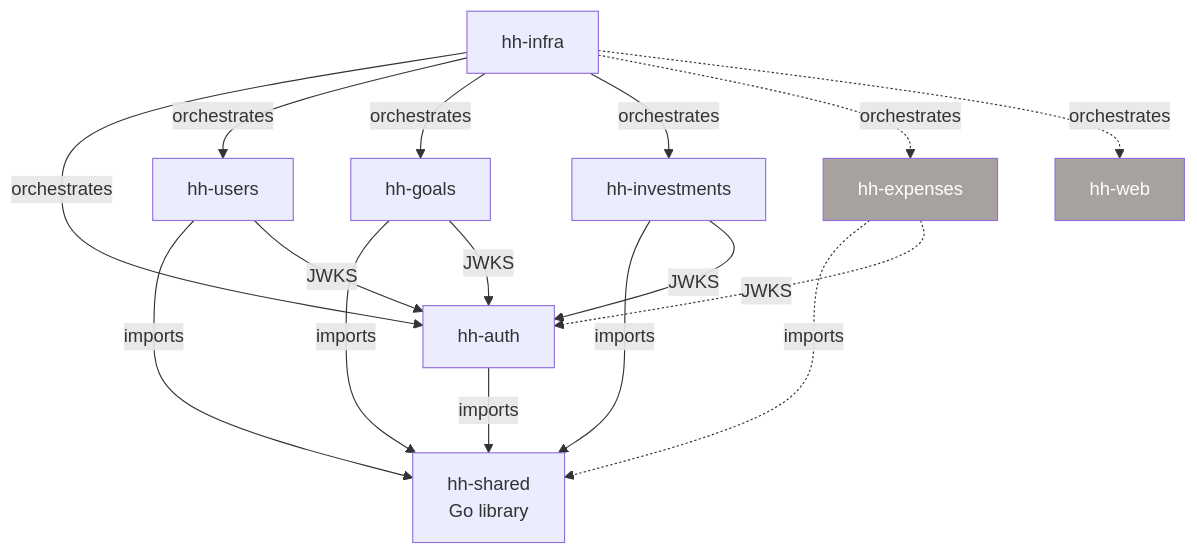
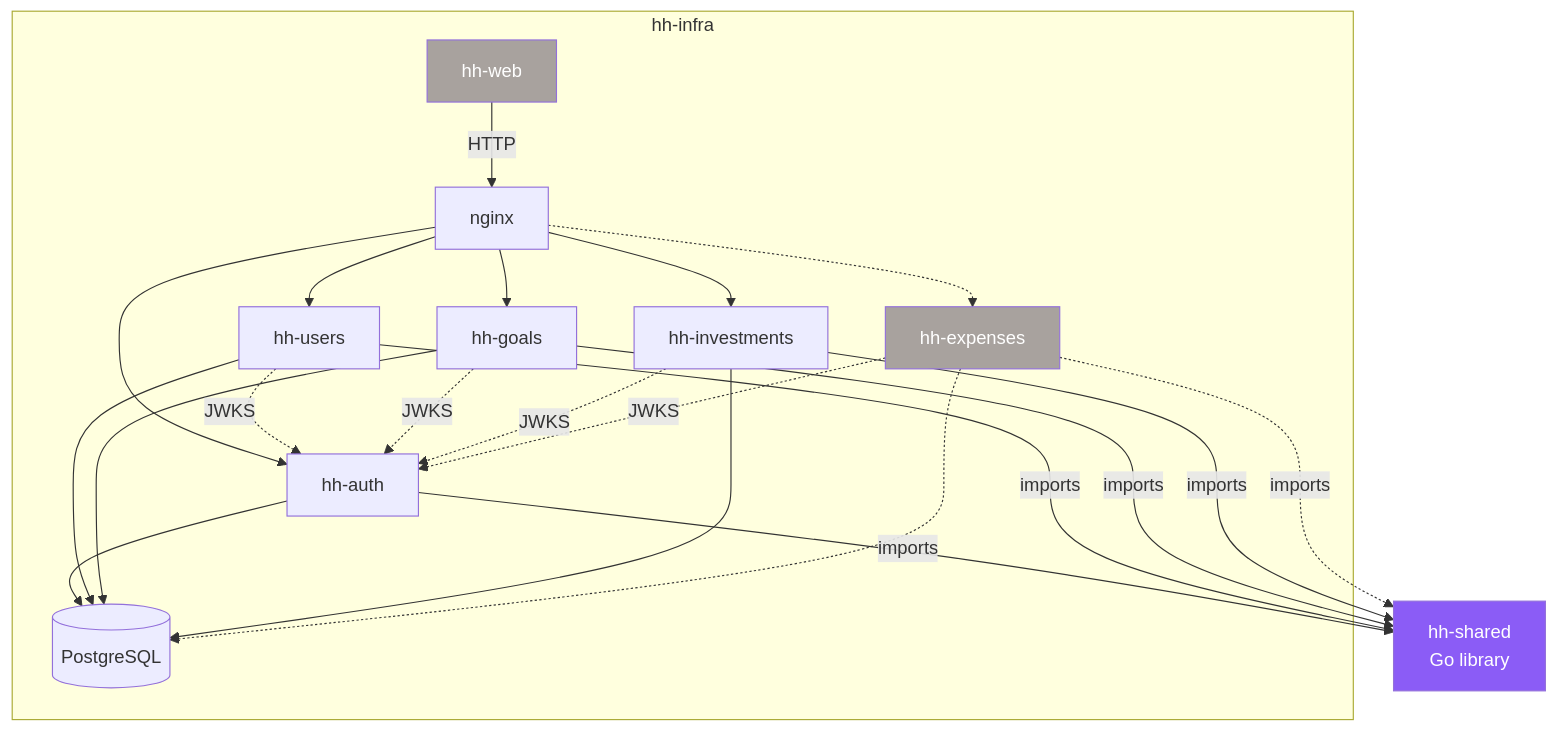
One commit to tiagorocha94/hh-docs changed the first of 3 diagrams in docs/architecture.md. Above: the diagram before and after it, drawn with Mermaid. The commit also changed other lines of this file and 5 other files, not shown here.

First line of the commit message:
Restructure repo pages, fix architecture diagram, clean conventions

````diff
--- a/docs/architecture.md
+++ b/docs/architecture.md
@@ -27,32 +27,34 @@
 ```mermaid
 graph TD
+    subgraph hh-infra
+        N[nginx]
+        PG[(PostgreSQL)]
+        WEB[hh-web] -->|HTTP| N
+        N --> AUTH[hh-auth]
+        N --> USERS[hh-users]
+        N --> GOALS[hh-goals]
+        N --> INV[hh-investments]
+        N -.-> EXP[hh-expenses]
+        AUTH --> PG
+        USERS --> PG
+        GOALS --> PG
+        INV --> PG
+        EXP -.-> PG
+    end
+
     SHARED[hh-shared<br/>Go library]
-    AUTH[hh-auth]
-    USERS[hh-users]
-    GOALS[hh-goals]
-    INV[hh-investments]
-    EXP[hh-expenses]
-    WEB[hh-web]
-    INFRA[hh-infra]
-
     AUTH -->|imports| SHARED
     USERS -->|imports| SHARED
     GOALS -->|imports| SHARED
     INV -->|imports| SHARED
     EXP -.->|imports| SHARED
 
-    USERS -->|JWKS| AUTH
-    GOALS -->|JWKS| AUTH
-    INV -->|JWKS| AUTH
+    USERS -.->|JWKS| AUTH
+    GOALS -.->|JWKS| AUTH
+    INV -.->|JWKS| AUTH
     EXP -.->|JWKS| AUTH
-
-    INFRA -->|orchestrates| AUTH
-    INFRA -->|orchestrates| USERS
-    INFRA -->|orchestrates| GOALS
-    INFRA -->|orchestrates| INV
-    INFRA -.->|orchestrates| EXP
-    INFRA -.->|orchestrates| WEB
 
     style EXP fill:#a8a29e,color:#fff
     style WEB fill:#a8a29e,color:#fff
+    style SHARED fill:#8b5cf6,color:#fff
 ```
````
